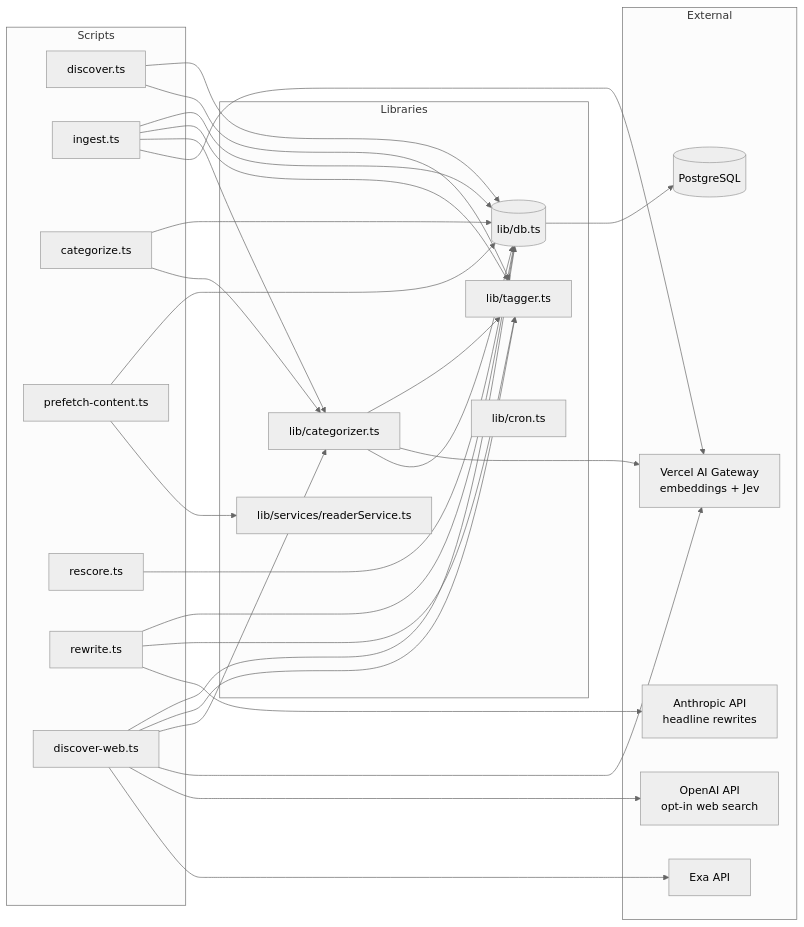
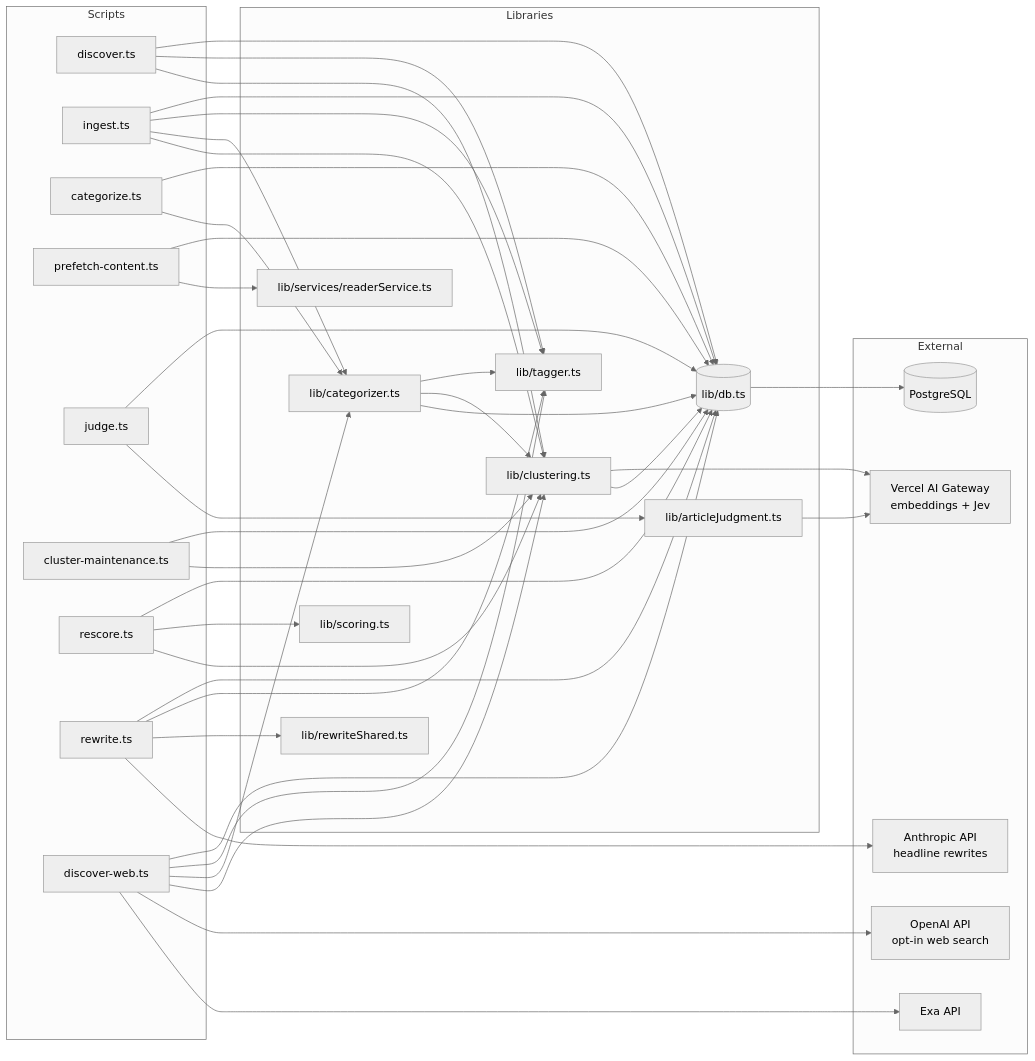
Before and after one commit to dwahbe/climate-river: the seventh of 9 diagrams in README.md, drawn with Mermaid (neutral theme). The commit also changed other lines of this file and 54 other files, not shown here.

````diff
--- a/README.md
+++ b/README.md
@@ -404,61 +467,80 @@
 ```mermaid
 flowchart LR
     subgraph Scripts
         D[discover.ts]
         I[ingest.ts]
         C[categorize.ts]
         P[prefetch-content.ts]
+        J[judge.ts]
+        M[cluster-maintenance.ts]
         R[rescore.ts]
         W[rewrite.ts]
         WD[discover-web.ts]
     end
 
     subgraph Libraries
         DB[(lib/db.ts)]
         TAG[lib/tagger.ts]
         CAT[lib/categorizer.ts]
+        CLUST[lib/clustering.ts]
+        SCORE[lib/scoring.ts]
+        RWS[lib/rewriteShared.ts]
+        JUDGE[lib/articleJudgment.ts]
         READ[lib/services/readerService.ts]
-        CRON[lib/cron.ts]
     end
 
     subgraph External
         GATEWAY[Vercel AI Gateway<br/>embeddings + Jev]
         ANTHROPIC[Anthropic API<br/>headline rewrites]
         OPENAI[OpenAI API<br/>opt-in web search]
         EXA[Exa API]
         PG[(PostgreSQL)]
     end
 
     D --> DB
     D --> TAG
+    D --> CLUST
 
     I --> DB
     I --> TAG
     I --> CAT
-    I --> GATEWAY
+    I --> CLUST
 
     C --> DB
     C --> CAT
 
     P --> DB
     P --> READ
 
+    J --> DB
+    J --> JUDGE
+
+    M --> DB
+    M --> CLUST
+
     R --> DB
+    R --> SCORE
+    R --> CLUST
 
     W --> DB
     W --> TAG
+    W --> RWS
     W --> ANTHROPIC
 
     WD --> DB
     WD --> TAG
     WD --> CAT
-    WD --> GATEWAY
+    WD --> CLUST
     WD --> OPENAI
     WD --> EXA
 
     CAT --> TAG
-    CAT --> GATEWAY
+    CAT --> CLUST
     CAT --> DB
+
+    CLUST --> GATEWAY
+    CLUST --> DB
+    JUDGE --> GATEWAY
 
     DB --> PG
 ```
````
